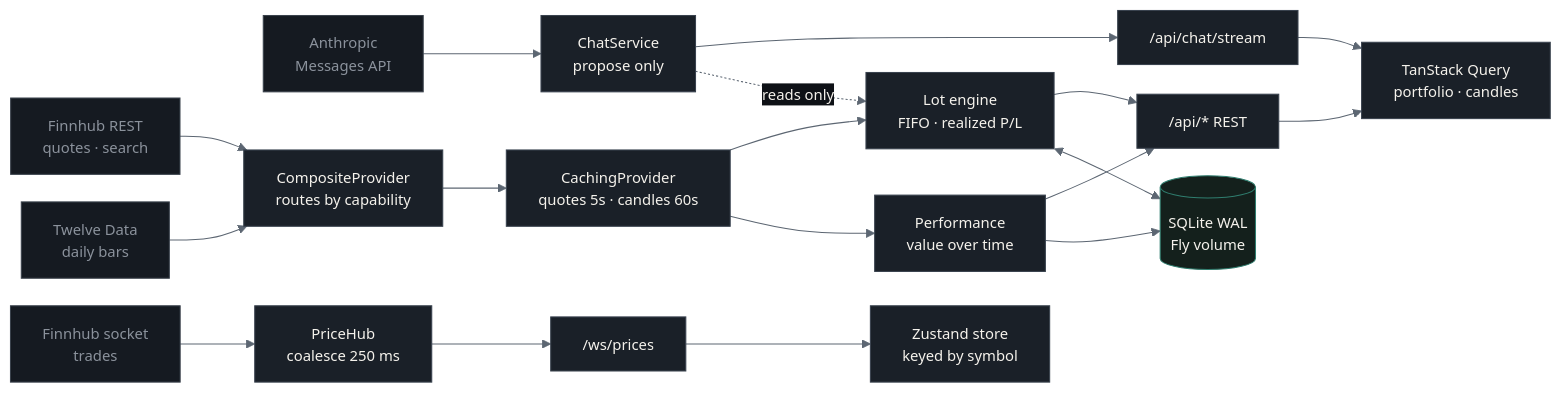
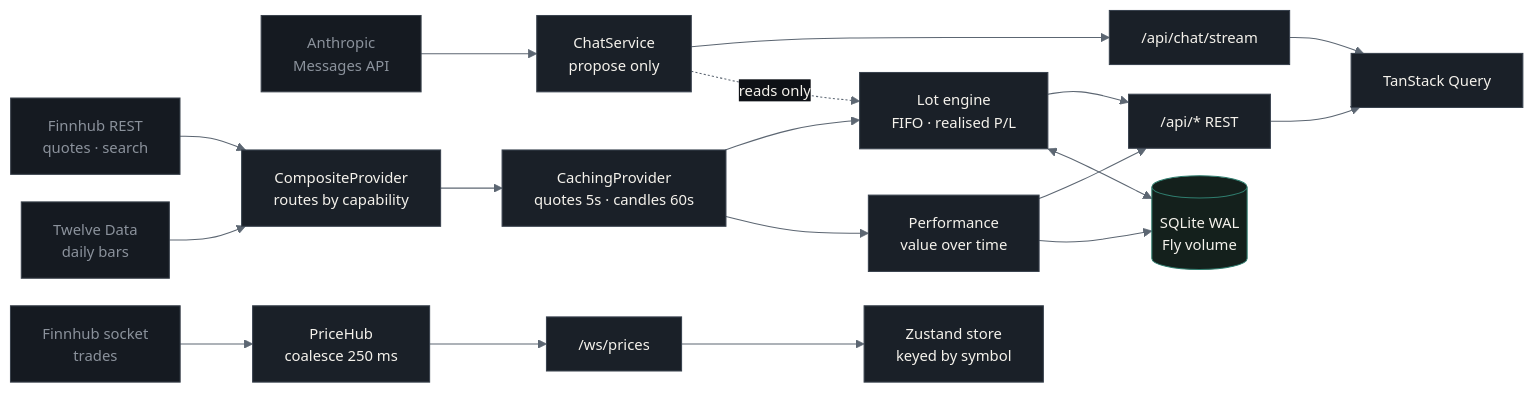
Before and after one commit to IHoKo/Quarto_Presentation: the first of 3 diagrams in ticker.qmd, drawn with Mermaid. The commit also changed other lines of this file and 1 other file, not shown here.

````diff
--- a/ticker.qmd
+++ b/ticker.qmd
@@ -221,51 +443,46 @@
 ```{mermaid}
 %%{init: {'theme':'base',
   'fontFamily':'Instrument Sans, ui-sans-serif, system-ui, sans-serif',
-  'flowchart':{'htmlLabels':true,'useMaxWidth':true,'curve':'basis','nodeSpacing':26,'rankSpacing':60},
+  'flowchart':{'htmlLabels':true,'useMaxWidth':true,'curve':'basis','nodeSpacing':26,'rankSpacing':58},
   'themeVariables':{
   'background':'#0e1116','primaryColor':'#1a2028','primaryTextColor':'#f5f2ec',
   'primaryBorderColor':'#232a33','lineColor':'#5c6672','fontSize':'14px',
-  'clusterBkg':'rgba(26,32,40,0.32)','clusterBorder':'#2b3441',
   'edgeLabelBackground':'#0e1116'}}}%%
 flowchart LR
   FS["Finnhub socket<br/>trades"]
   FQ["Finnhub REST<br/>quotes · search"]
   TD["Twelve Data<br/>daily bars"]
   AN["Anthropic<br/>Messages API"]
-
   CP["CompositeProvider<br/>routes by capability"]
   CA["CachingProvider<br/>quotes 5s · candles 60s"]
-
   PH["PriceHub<br/>coalesce 250 ms"]
-  LE["Lot engine<br/>FIFO · realized P/L"]
+  LE["Lot engine<br/>FIFO · realised P/L"]
   PF["Performance<br/>value over time"]
   CS["ChatService<br/>propose only"]
-
   WS["/ws/prices"]
   RE["/api/* REST"]
   SS["/api/chat/stream"]
-
   ZS["Zustand store<br/>keyed by symbol"]
-  TQ["TanStack Query<br/>portfolio · candles"]
+  TQ["TanStack Query"]
   DB[("SQLite WAL<br/>Fly volume")]
 
   FS --> PH --> WS --> ZS
   FQ --> CP
   TD --> CP
   CP --> CA --> LE
   CA --> PF
   LE --> RE
   PF --> RE
   RE --> TQ
   AN --> CS --> SS --> TQ
   LE <--> DB
   PF --> DB
   CS -. "reads only" .-> LE
 
   classDef rented fill:#151a21,stroke:#3a424c,color:#8b929c
   classDef ours   fill:#1a2028,stroke:#39424e,color:#f5f2ec
   classDef store  fill:#14201c,stroke:#2f7d6e,color:#f5f2ec
   class FS,FQ,TD,AN rented
   class CP,CA,PH,LE,PF,CS,WS,RE,SS,ZS,TQ ours
   class DB store
 ```
````
